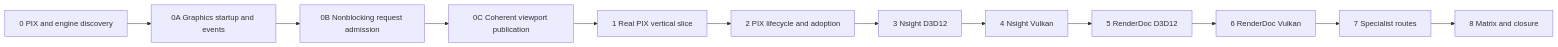
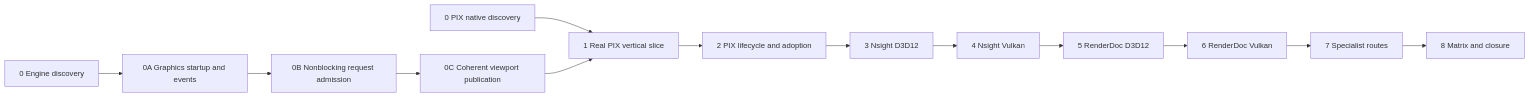
Before and after one commit to stoleckipawel/SparkleEngine: the diagram in Docs/Architecture/CrossModule/PerformanceDiagnostics/ExternalCapture/Plan.md, drawn with Mermaid. The commit also changed other lines of this file and 8 other files, not shown here.

````diff
--- a/Docs/Architecture/CrossModule/PerformanceDiagnostics/ExternalCapture/Plan.md
+++ b/Docs/Architecture/CrossModule/PerformanceDiagnostics/ExternalCapture/Plan.md
@@ -19,14 +19,15 @@
 ```mermaid
 flowchart LR
-    S0[0 PIX and engine discovery] --> QA[0A Graphics startup and events]
+    S0[0 Engine discovery] --> QA[0A Graphics startup and events]
+    P0[0 PIX native discovery] --> S1
     QA --> QB[0B Nonblocking request admission]
     QB --> QC[0C Coherent viewport publication]
     QC --> S1[1 Real PIX vertical slice]
     S1 --> S2[2 PIX lifecycle and adoption]
     S2 --> S3[3 Nsight D3D12]
     S3 --> S4[4 Nsight Vulkan]
     S4 --> S5[5 RenderDoc D3D12]
     S5 --> S6[6 RenderDoc Vulkan]
     S6 --> S7[7 Specialist routes]
     S7 --> S8[8 Matrix and closure]
 ```
````
